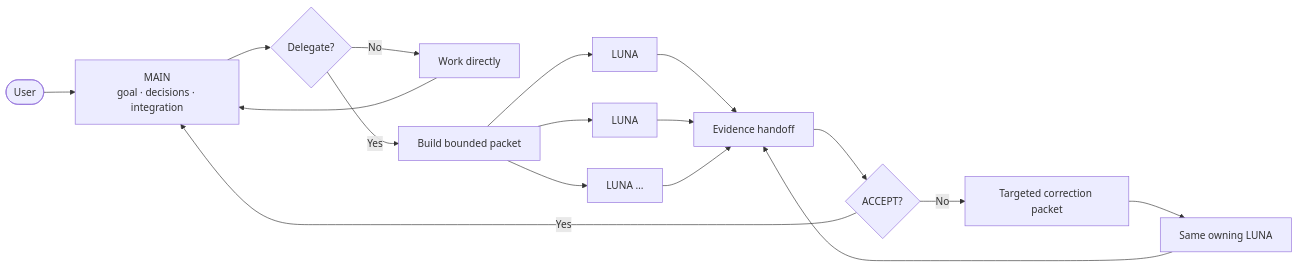
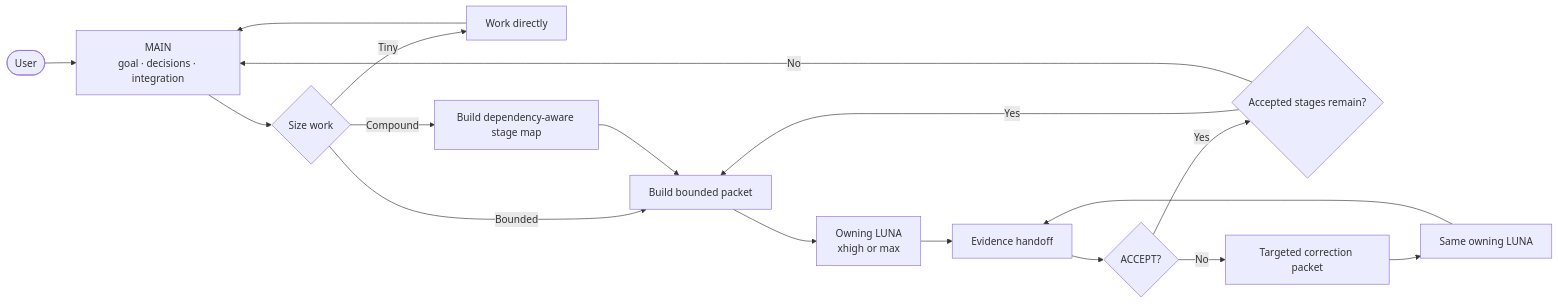
One commit to HakanBabus/AgentMaxxing changed the diagram in README.md. Above: the diagram before and after it, drawn with Mermaid. The commit also changed other lines of this file and 6 other files, not shown here.

````diff
--- a/README.md
+++ b/README.md
@@ -27,19 +27,19 @@
 ```mermaid
 flowchart LR
     U([User]) --> M["MAIN<br/>goal · decisions · integration"]
-    M --> R{"Delegate?"}
-    R -- No --> D[Work directly]
-    R -- Yes --> P[Build bounded packet]
-    P --> W1[LUNA]
-    P --> W2[LUNA]
-    P --> WN["LUNA …"]
-    W1 --> H[Evidence handoff]
-    W2 --> H
-    WN --> H
+    M --> S{"Size work"}
+    S -- Tiny --> D[Work directly]
+    S -- Bounded --> P[Build bounded packet]
+    S -- Compound --> MAP[Build dependency-aware stage map]
+    MAP --> P
+    P --> W["Owning LUNA<br/>xhigh or max"]
+    W --> H[Evidence handoff]
     H --> G{"ACCEPT?"}
-    G -- Yes --> M
+    G -- Yes --> N{"Accepted stages remain?"}
+    N -- Yes --> P
+    N -- No --> M
     G -- No --> C[Targeted correction packet]
     C --> OW[Same owning LUNA]
     OW --> H
     D --> M
 ```
````
